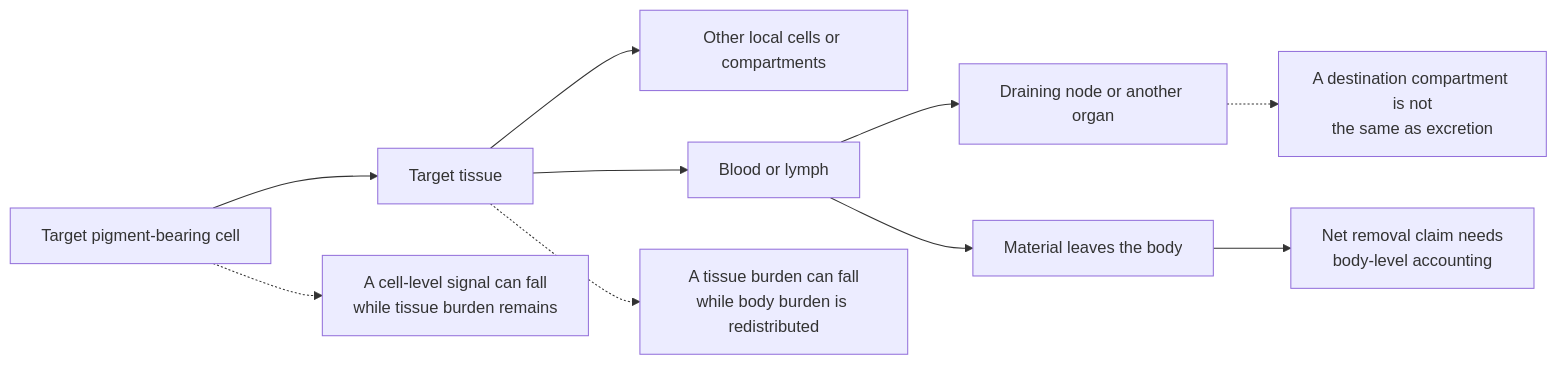
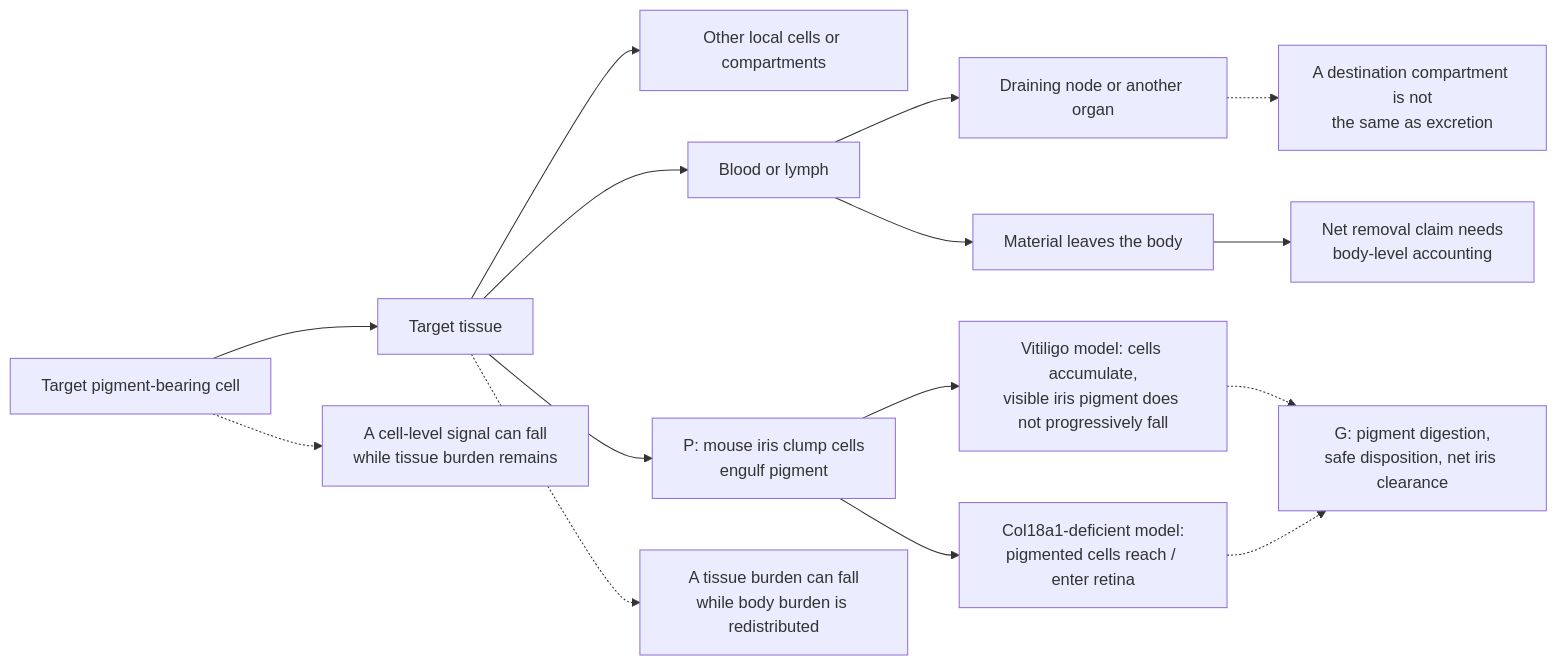
One commit to dylanstechmann/iris-color-without-contacts changed the fifth of 7 diagrams in research/selective-clearance-framework.md. Above: the diagram before and after it, drawn with Mermaid. The commit also changed other lines of this file, not shown here.

Commit message:
Add iris redistribution example to clearance framework

````diff
--- a/research/selective-clearance-framework.md
+++ b/research/selective-clearance-framework.md
@@ -124,12 +124,17 @@
 ```mermaid
 flowchart LR
     C["Target pigment-bearing cell"] --> T["Target tissue"]
     T --> O["Other local cells or compartments"]
     T --> B["Blood or lymph"]
     B --> R["Draining node or another organ"]
     B --> X["Material leaves the body"]
+    T --> I1["P: mouse iris clump cells<br/>engulf pigment"]
+    I1 --> I2["Vitiligo model: cells accumulate,<br/>visible iris pigment does not progressively fall"]
+    I1 --> I3["Col18a1-deficient model:<br/>pigmented cells reach / enter retina"]
+    I2 -.-> I4["G: pigment digestion,<br/>safe disposition, net iris clearance"]
+    I3 -.-> I4
     C -.-> M["A cell-level signal can fall<br/>while tissue burden remains"]
     T -.-> N["A tissue burden can fall<br/>while body burden is redistributed"]
     R -.-> E["A destination compartment is not<br/>the same as excretion"]
     X --> Q["Net removal claim needs<br/>body-level accounting"]
 ```
````
